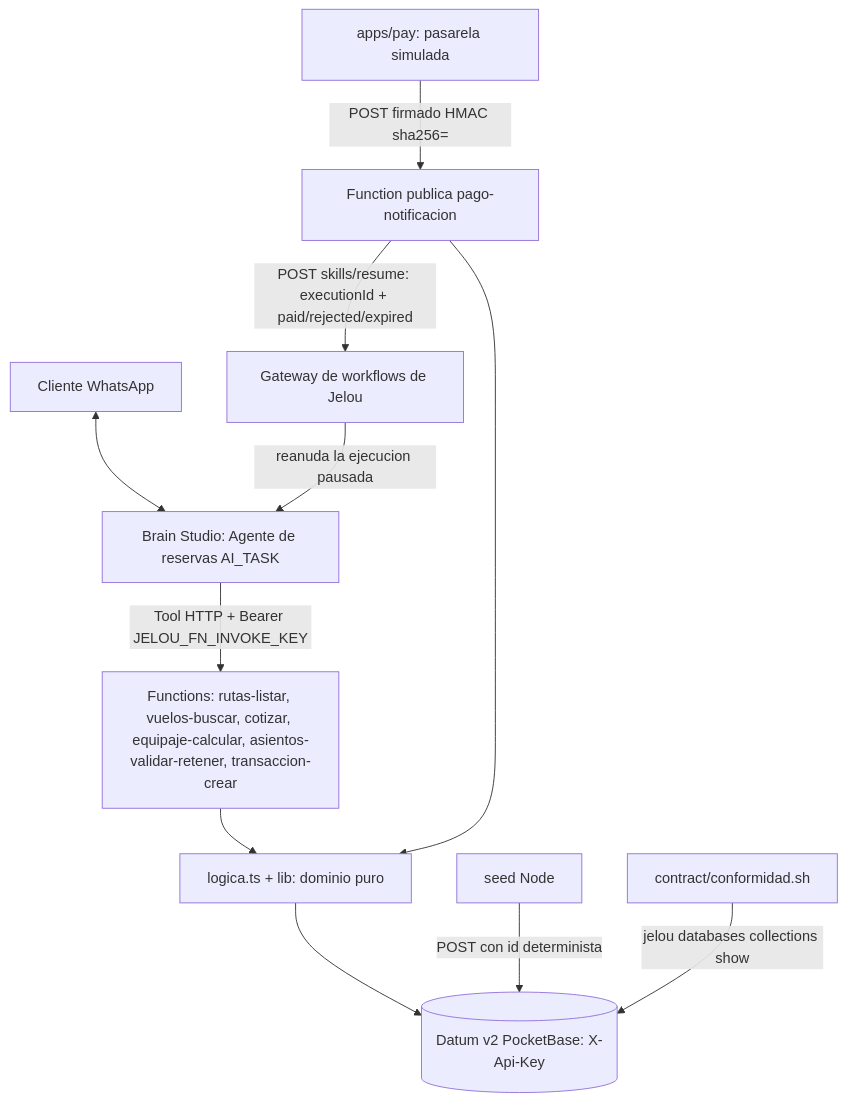
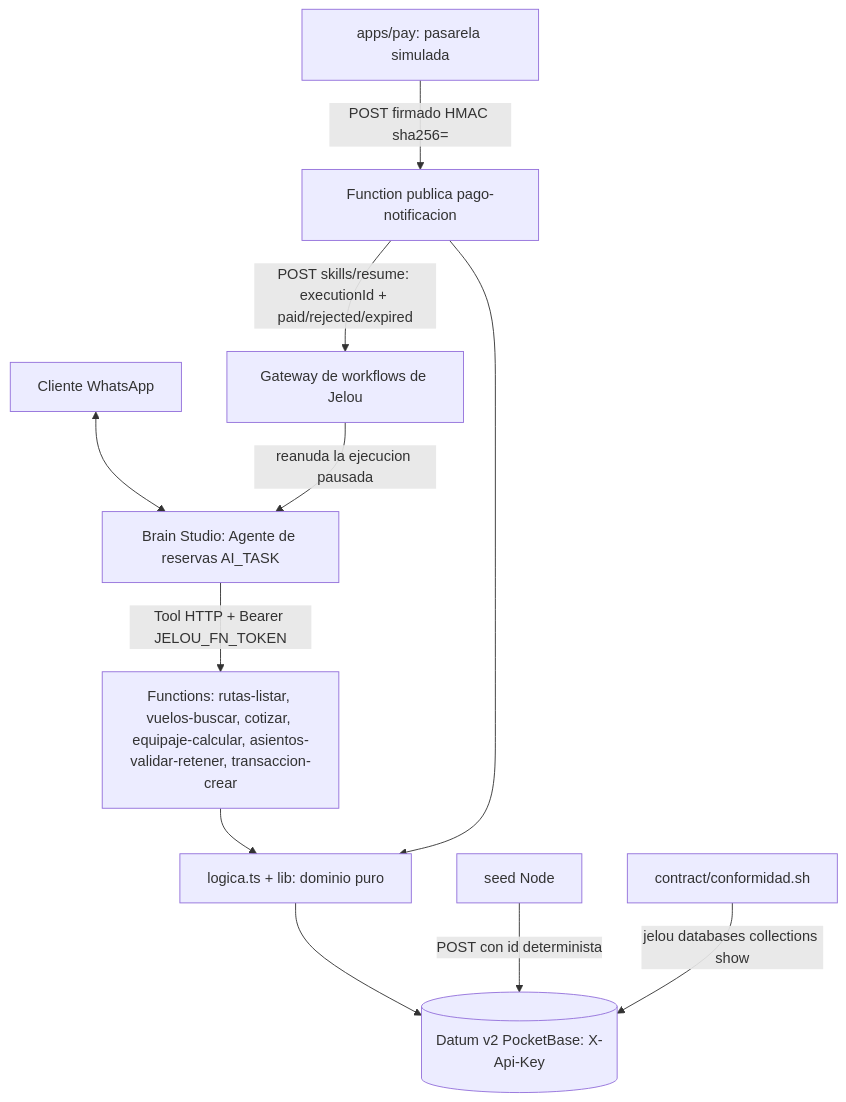
One commit to pablo3dev/jelou-agent changed the diagram in .makia/docs/specs/apps/agent/reserva-pago-whatsapp-agent/design.md. Above: the diagram before and after it, drawn with Mermaid. The commit also changed other lines of this file and 31 other files, not shown here.

Commit message:
makia(aerolinea-reservas-whatsapp): AUDIT ciclo 2 (agent, crm), specs alineados al código y Completados, contrato regenerado; README con diagrama ER

````diff
--- a/.makia/docs/specs/apps/agent/reserva-pago-whatsapp-agent/design.md
+++ b/.makia/docs/specs/apps/agent/reserva-pago-whatsapp-agent/design.md
@@ -29,13 +29,13 @@
 ```mermaid
 graph TD
     C[Cliente WhatsApp] <--> A[Brain Studio: Agente de reservas AI_TASK]
-    A -->|Tool HTTP + Bearer JELOU_FN_INVOKE_KEY| T[Functions: rutas-listar, vuelos-buscar, cotizar, equipaje-calcular, asientos-validar-retener, transaccion-crear]
+    A -->|Tool HTTP + Bearer JELOU_FN_TOKEN| T[Functions: rutas-listar, vuelos-buscar, cotizar, equipaje-calcular, asientos-validar-retener, transaccion-crear]
     T --> L[logica.ts + lib: dominio puro]
     L --> D[(Datum v2 PocketBase: X-Api-Key)]
     P[apps/pay: pasarela simulada] -->|POST firmado HMAC sha256=| N[Function publica pago-notificacion]
     N --> L
     N -->|POST skills/resume: executionId + paid/rejected/expired| R[Gateway de workflows de Jelou]
     R -->|reanuda la ejecucion pausada| A
     S[seed Node] -->|POST con id determinista| D
     G[contract/conformidad.sh] -->|jelou databases collections show| D
 ```
````
